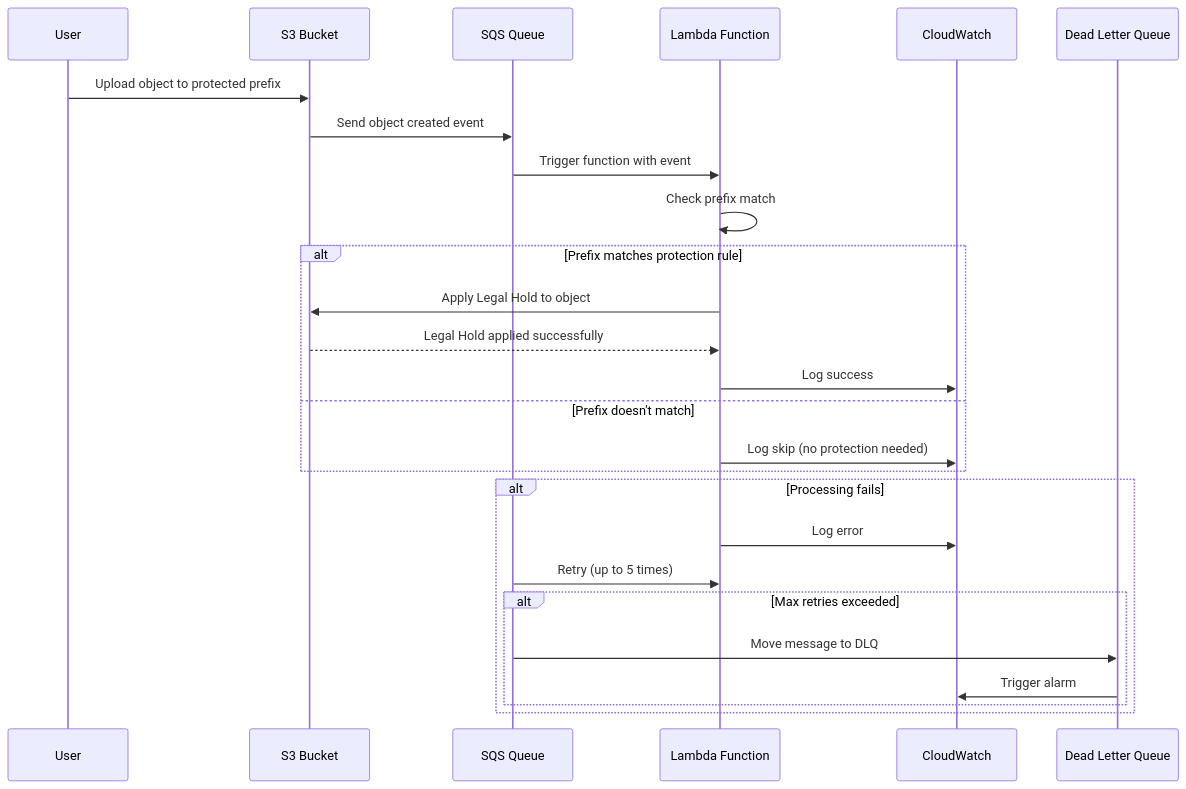
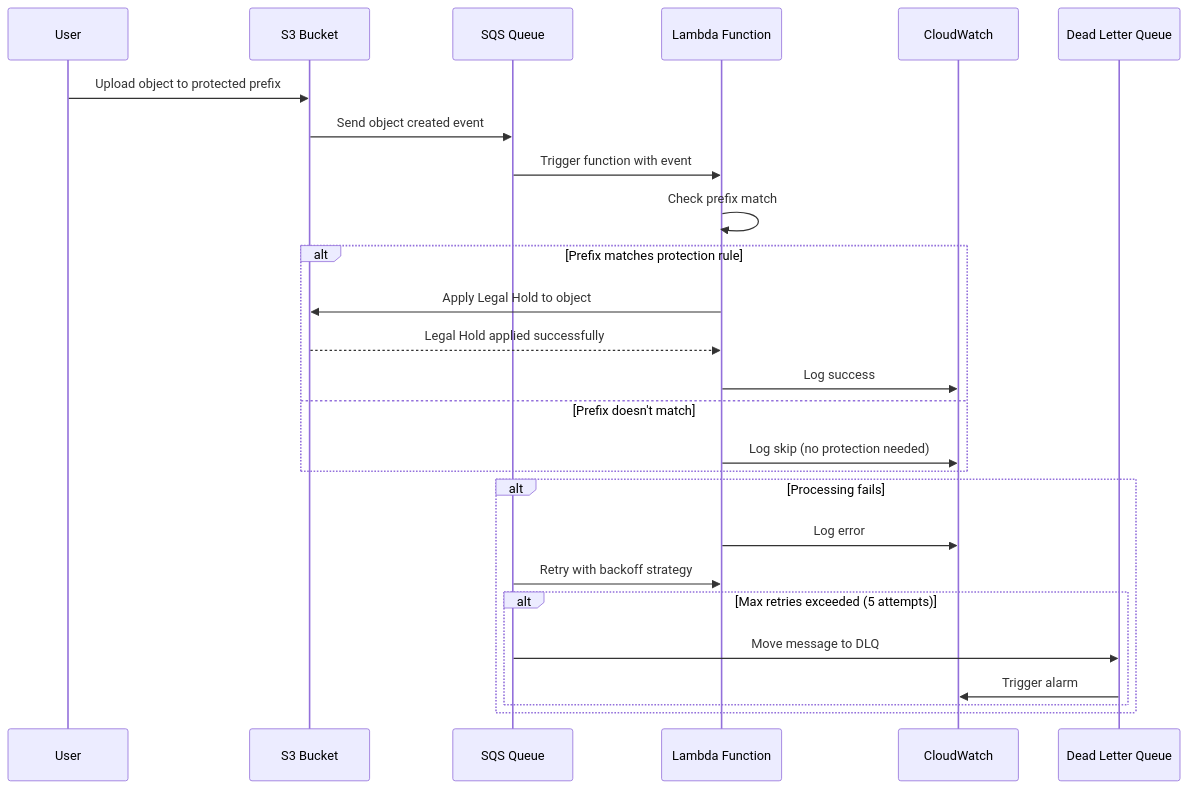
One commit to ddpie/s3-prefix-protection changed the second of 4 diagrams in README.md. Above: the diagram before and after it, drawn with Mermaid. The commit also changed other lines of this file, not shown here.

````diff
--- a/README.md
+++ b/README.md
@@ -31,29 +31,29 @@
 ```mermaid
 sequenceDiagram
     participant User
     participant S3 as S3 Bucket
     participant SQS as SQS Queue
     participant Lambda as Lambda Function
     participant CW as CloudWatch
     participant DLQ as Dead Letter Queue
 
     User->>S3: Upload object to protected prefix
     S3->>SQS: Send object created event
     SQS->>Lambda: Trigger function with event
     Lambda->>Lambda: Check prefix match
     alt Prefix matches protection rule
         Lambda->>S3: Apply Legal Hold to object
         S3-->>Lambda: Legal Hold applied successfully
         Lambda->>CW: Log success
     else Prefix doesn't match
         Lambda->>CW: Log skip (no protection needed)
     end
     alt Processing fails
         Lambda->>CW: Log error
-        SQS->>Lambda: Retry (up to 5 times)
-        alt Max retries exceeded
+        SQS->>Lambda: Retry with backoff strategy
+        alt Max retries exceeded (5 attempts)
             SQS->>DLQ: Move message to DLQ
             DLQ->>CW: Trigger alarm
         end
     end
 ```
````
